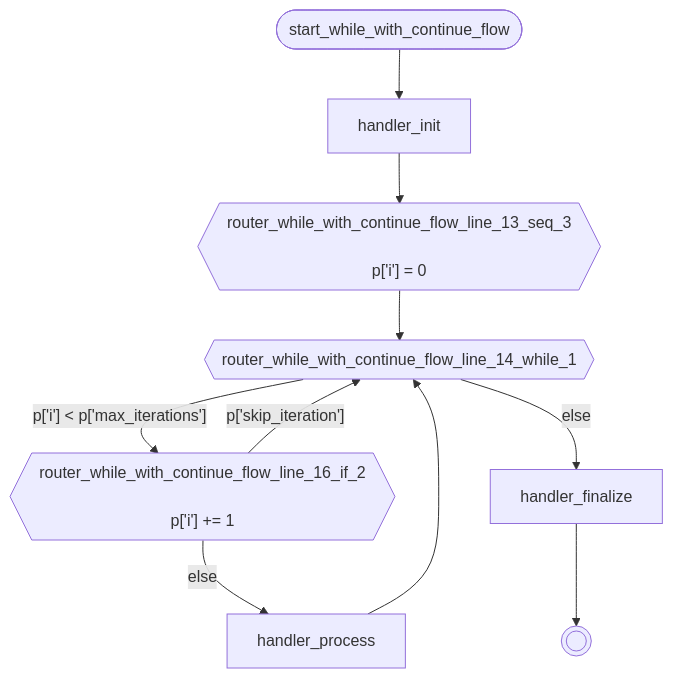
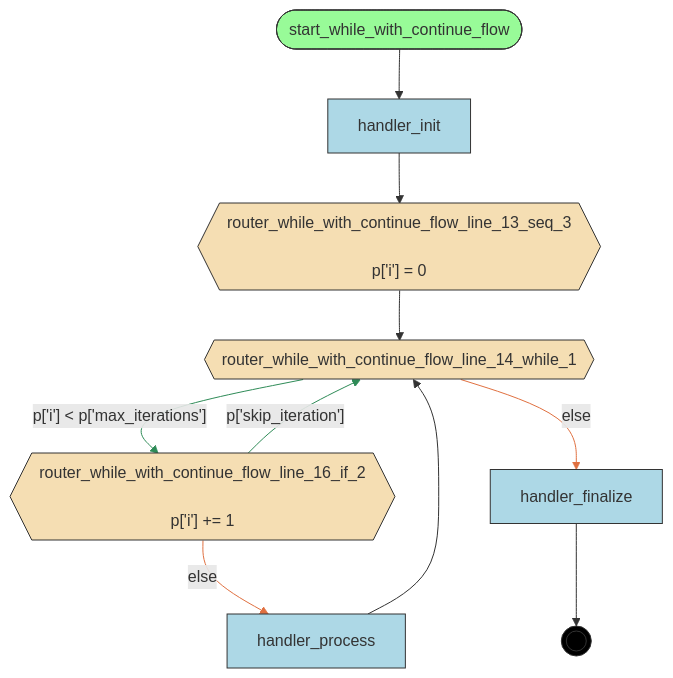
Before and after one commit to deliveryhero/asya: the diagram in examples/flows/compiled/while_with_continue/flow.mmd, drawn with Mermaid. The commit also changed 99 other files, not shown here.

Commit message:
colors-in-mermaid

```diff
--- a/examples/flows/compiled/while_with_continue/flow.mmd
+++ b/examples/flows/compiled/while_with_continue/flow.mmd
@@ -1,21 +1,32 @@
 flowchart TD
     %% Flow: while_with_continue_flow
 
     handler_finalize[handler_finalize]
     handler_init[handler_init]
     handler_process[handler_process]
     router_while_with_continue_flow_line_13_seq_3{{"router_while_with_continue_flow_line_13_seq_3<br/><br/>p['i'] = 0"}}
     router_while_with_continue_flow_line_14_while_1{{router_while_with_continue_flow_line_14_while_1}}
     router_while_with_continue_flow_line_16_if_2{{"router_while_with_continue_flow_line_16_if_2<br/><br/>p['i'] += 1"}}
     start_while_with_continue_flow([start_while_with_continue_flow])
     __end__((( )))
 
     start_while_with_continue_flow --> handler_init
     handler_init --> router_while_with_continue_flow_line_13_seq_3
     router_while_with_continue_flow_line_16_if_2 -->|"p['skip_iteration']"| router_while_with_continue_flow_line_14_while_1
     router_while_with_continue_flow_line_16_if_2 -->|"else"| handler_process
     router_while_with_continue_flow_line_14_while_1 -->|"p['i'] < p['max_iterations']"| router_while_with_continue_flow_line_16_if_2
     router_while_with_continue_flow_line_14_while_1 -->|"else"| handler_finalize
     router_while_with_continue_flow_line_13_seq_3 --> router_while_with_continue_flow_line_14_while_1
     handler_process --> router_while_with_continue_flow_line_14_while_1
     handler_finalize --> __end__
+
+    classDef entrypoint fill:#98FB98,stroke:#333
+    classDef router fill:#F5DEB3,stroke:#333
+    classDef handler fill:#ADD8E6,stroke:#333
+    classDef endpoint fill:#000,stroke:#333,color:#fff
+    class start_while_with_continue_flow entrypoint
+    class router_while_with_continue_flow_line_13_seq_3,router_while_with_continue_flow_line_14_while_1,router_while_with_continue_flow_line_16_if_2 router
+    class handler_finalize,handler_init,handler_process handler
+    class __end__ endpoint
+    linkStyle 2,4 stroke:#2E8B57
+    linkStyle 3,5 stroke:#E07040
```
